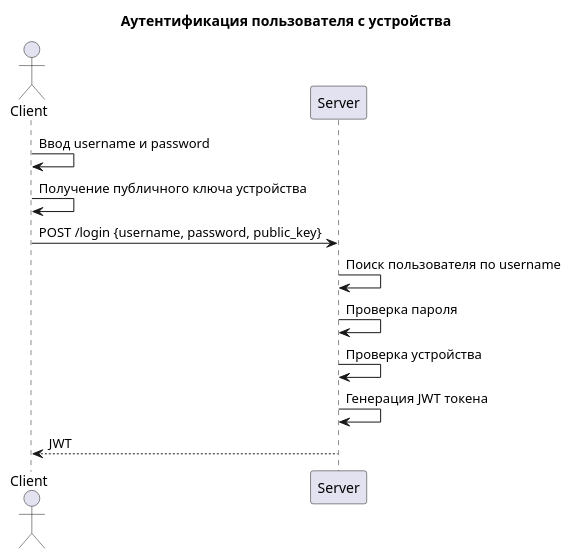
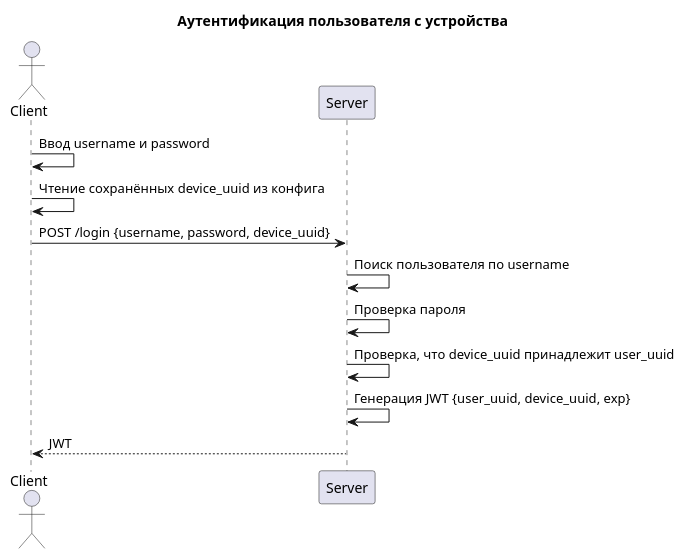
The diagram in docs/login.puml (sbilibin2017/bil-message), drawn with PlantUML before and after one commit. The commit also changed 6 other files, not shown here.

Commit message:
Updated register, device, login diagrams

```diff
--- a/docs/login.puml
+++ b/docs/login.puml
@@ -1,19 +1,18 @@
 @startuml
 title Аутентификация пользователя с устройства
 
 actor Client
 participant Server
 
 Client -> Client: Ввод username и password
-Client -> Client: Получение публичного ключа устройства
+Client -> Client: Чтение сохранённых device_uuid из конфига
 
-Client -> Server: POST /login {username, password, public_key}
+Client -> Server: POST /login {username, password, device_uuid}
 
 Server -> Server: Поиск пользователя по username
 Server -> Server: Проверка пароля
-Server -> Server: Проверка устройства
-Server -> Server: Генерация JWT токена
+Server -> Server: Проверка, что device_uuid принадлежит user_uuid
+Server -> Server: Генерация JWT {user_uuid, device_uuid, exp}
 
 Server --> Client: JWT
-
 @enduml
```
